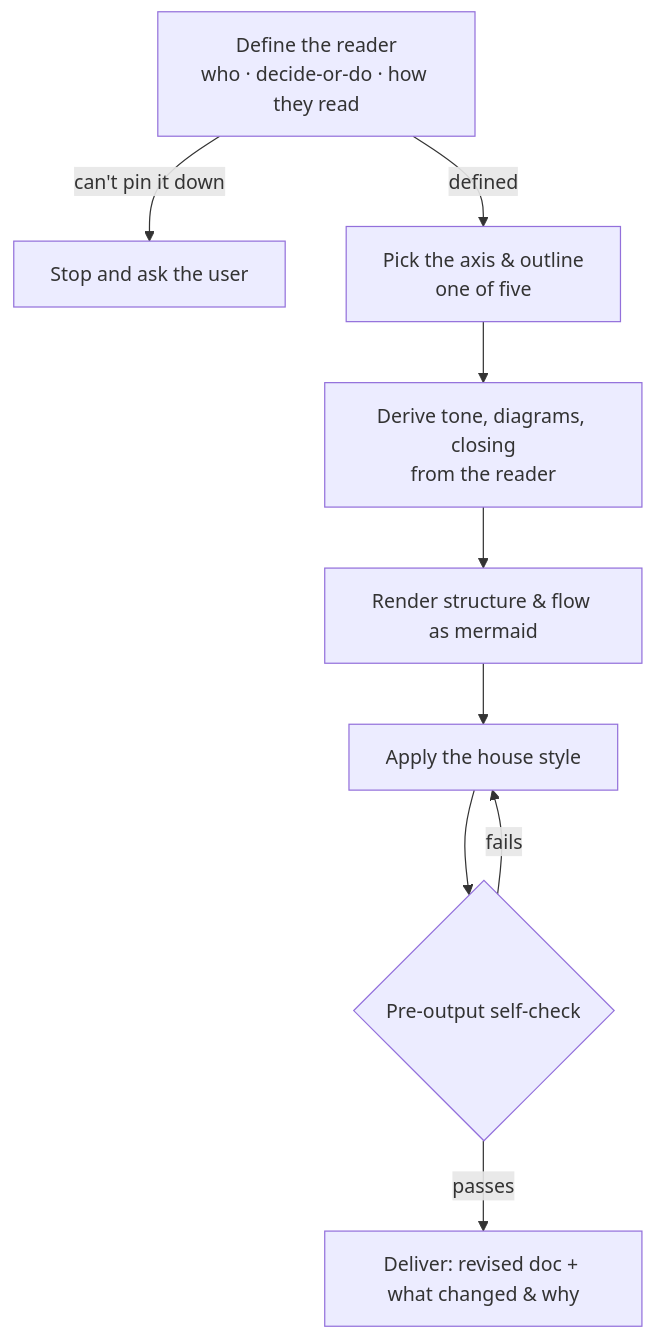
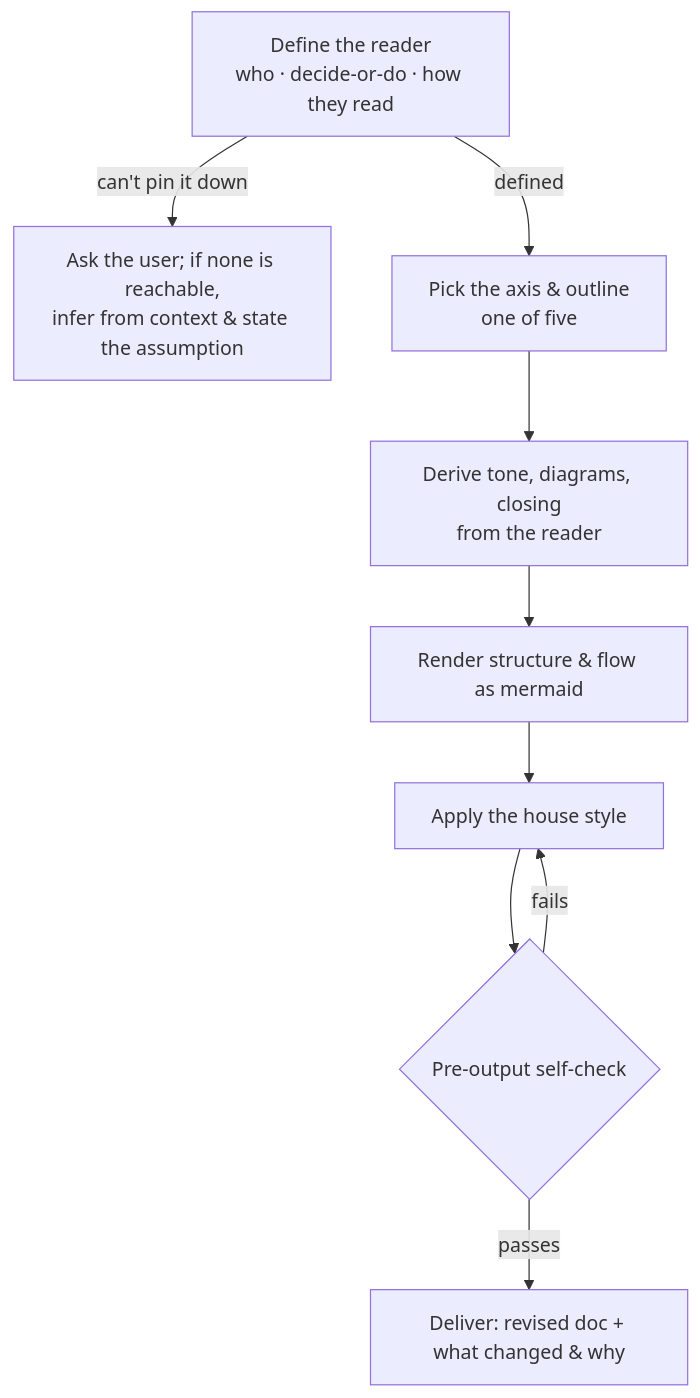
The diagram in techting/skills/up/SKILL.md (lovaizu/ccpm), drawn with Mermaid before and after one commit. The commit also changed other lines of this file, not shown here.

First line of the commit message:
fix: close reader-definition gap surfaced by dogfooding the up skill

````diff
--- a/techting/skills/up/SKILL.md
+++ b/techting/skills/up/SKILL.md
@@ -19,11 +19,11 @@
 ```mermaid
 flowchart TD
-    R[Define the reader<br/>who · decide-or-do · how they read] -->|can't pin it down| ASK[Stop and ask the user]
+    R[Define the reader<br/>who · decide-or-do · how they read] -->|can't pin it down| ASK[Ask the user; if none is reachable,<br/>infer from context & state the assumption]
     R -->|defined| A[Pick the axis & outline<br/>one of five]
     A --> T[Derive tone, diagrams, closing<br/>from the reader]
     T --> D[Render structure & flow as mermaid]
     D --> H[Apply the house style]
     H --> C{Pre-output self-check}
     C -->|fails| H
     C -->|passes| OUT[Deliver: revised doc + what changed & why]
 ```
````
